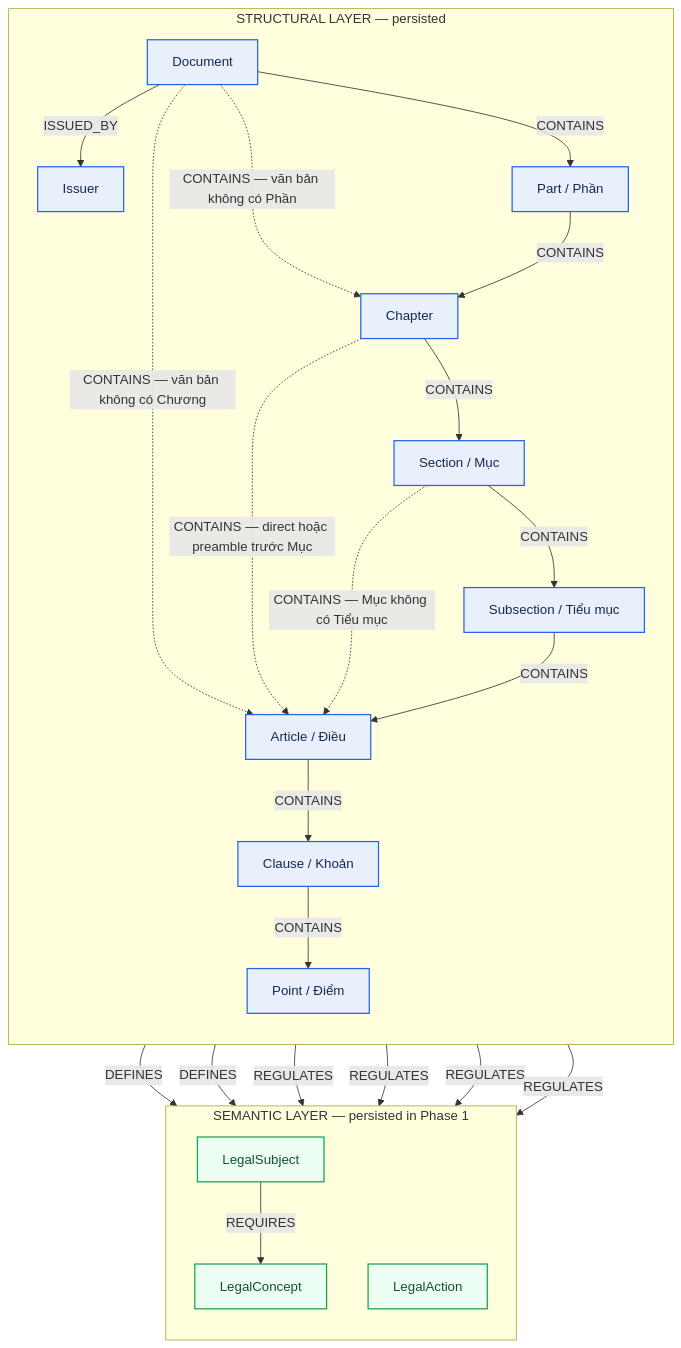
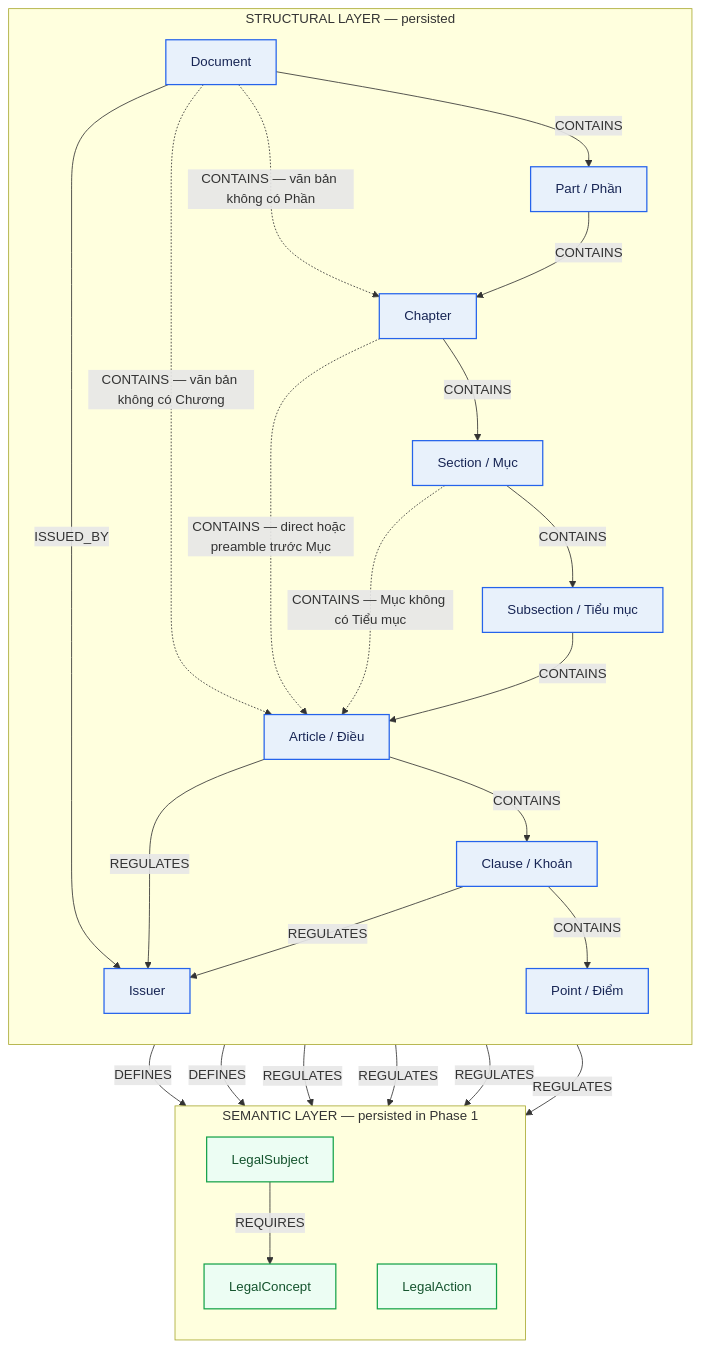
One commit to legal-graphrag-platform-vn/legal-graphrag-platform-vn changed the diagram in docs/report/neo4j_schema_diagram.md. Above: the diagram before and after it, drawn with Mermaid. The commit also changed other lines of this file and 19 other files, not shown here.

Commit message:
fix(ontology): validate diagram document relations

````diff
--- a/docs/report/neo4j_schema_diagram.md
+++ b/docs/report/neo4j_schema_diagram.md
@@ -10,48 +10,50 @@
 ```mermaid
 flowchart TB
     subgraph STRUCTURAL["STRUCTURAL LAYER — persisted"]
         direction TB
         D["Document"]
         I["Issuer"]
         PART["Part / Phần"]
         CH["Chapter"]
         SEC["Section / Mục"]
         SUB["Subsection / Tiểu mục"]
         ART["Article / Điều"]
         CLA["Clause / Khoản"]
         PT["Point / Điểm"]
 
         D -->|ISSUED_BY| I
         D -->|CONTAINS| PART
         D -.->|CONTAINS — văn bản không có Phần| CH
         D -.->|CONTAINS — văn bản không có Chương| ART
         PART -->|CONTAINS| CH
         CH -->|CONTAINS| SEC
         CH -.->|CONTAINS — direct hoặc preamble trước Mục| ART
         SEC -->|CONTAINS| SUB
         SEC -.->|CONTAINS — Mục không có Tiểu mục| ART
         SUB -->|CONTAINS| ART
         ART -->|CONTAINS| CLA
         CLA -->|CONTAINS| PT
     end
 
     subgraph SEMANTIC["SEMANTIC LAYER — persisted in Phase 1"]
         direction TB
         LC["LegalConcept"]
         LS["LegalSubject"]
         LA["LegalAction"]
     end
 
     ART -->|DEFINES| LC
     CLA -->|DEFINES| LC
     ART -->|REGULATES| LS
     CLA -->|REGULATES| LS
     ART -->|REGULATES| LA
     CLA -->|REGULATES| LA
+    ART -->|REGULATES| I
+    CLA -->|REGULATES| I
     LS -->|REQUIRES| LC
 
     classDef structural fill:#e8f1fb,stroke:#2563eb,color:#172554,stroke-width:1.5px;
     classDef semantic fill:#ecfdf3,stroke:#16a34a,color:#14532d,stroke-width:1.5px;
     class D,I,PART,CH,SEC,SUB,ART,CLA,PT structural;
     class LC,LS,LA semantic;
 ```
````
